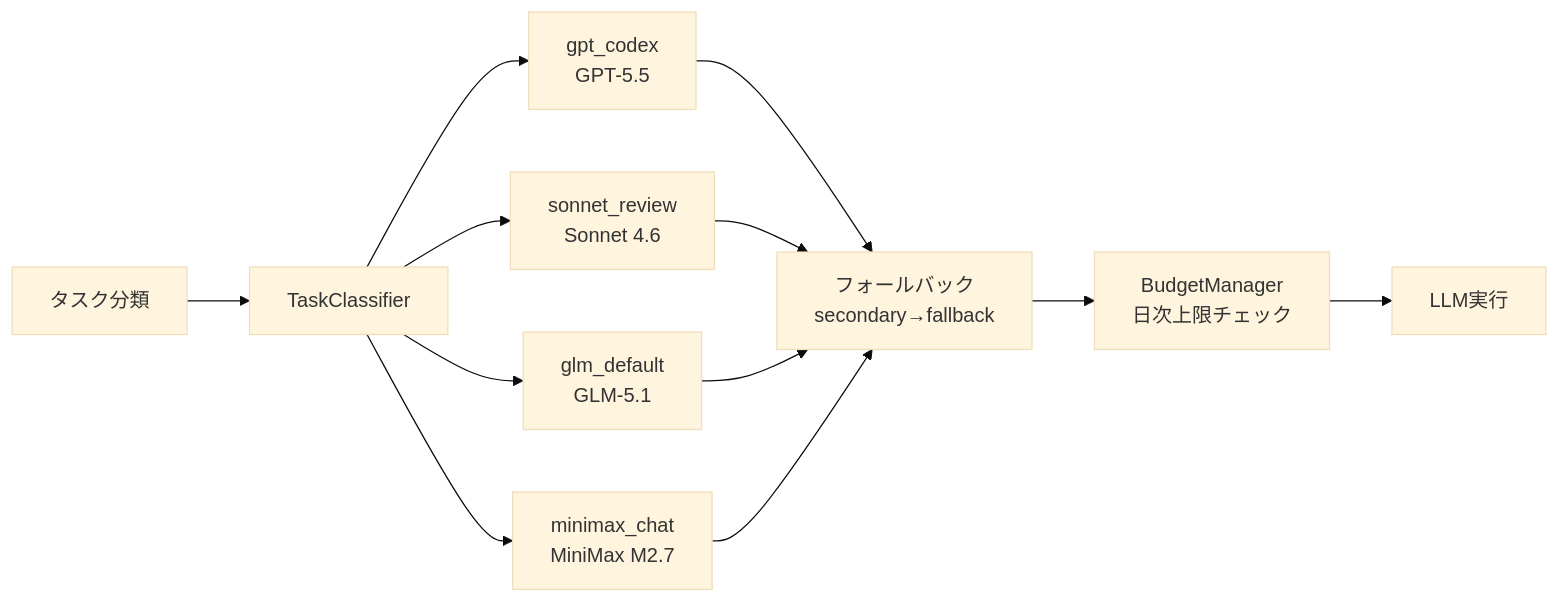
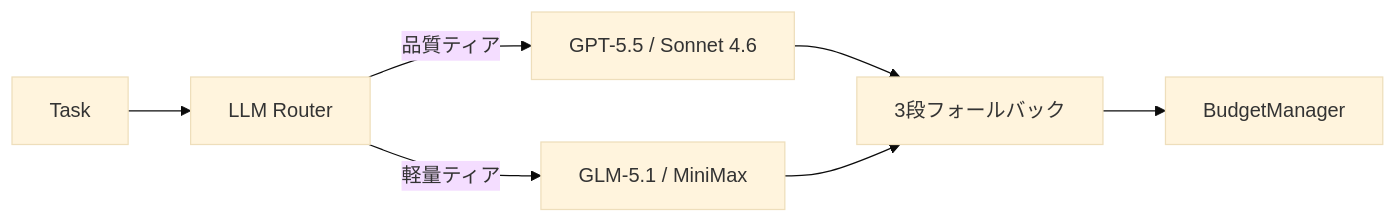
The third of 5 diagrams in articles/nexuscore-multi-agent-architecture.md (fukukei23/zenn), drawn with Mermaid (base theme) before and after one commit. The commit also changed other lines of this file, not shown here.

Commit message:
fix: simplify all 5 mermaid diagrams for readability - reduce node count

````diff
--- a/articles/nexuscore-multi-agent-architecture.md
+++ b/articles/nexuscore-multi-agent-architecture.md
@@ -224,16 +140,9 @@
 ```mermaid
 graph LR
-    Task["タスク分類"] --> Classifier["TaskClassifier"]
-    Classifier --> Profile1["gpt_codex<br/>GPT-5.5"]
-    Classifier --> Profile2["sonnet_review<br/>Sonnet 4.6"]
-    Classifier --> Profile3["glm_default<br/>GLM-5.1"]
-    Classifier --> Profile4["minimax_chat<br/>MiniMax M2.7"]
-
-    Profile1 --> Fallback["フォールバック<br/>secondary→fallback"]
-    Profile2 --> Fallback
-    Profile3 --> Fallback
-    Profile4 --> Fallback
-
-    Fallback --> Budget["BudgetManager<br/>日次上限チェック"]
-    Budget --> Execute["LLM実行"]
+    Task["Task"] --> Router["LLM Router"]
+    Router --> |"品質ティア"| Quality["GPT-5.5 / Sonnet 4.6"]
+    Router --> |"軽量ティア"| Light["GLM-5.1 / MiniMax"]
+    Quality --> FB["3段フォールバック"]
+    Light --> FB
+    FB --> Budget["BudgetManager"]
 ```
````
